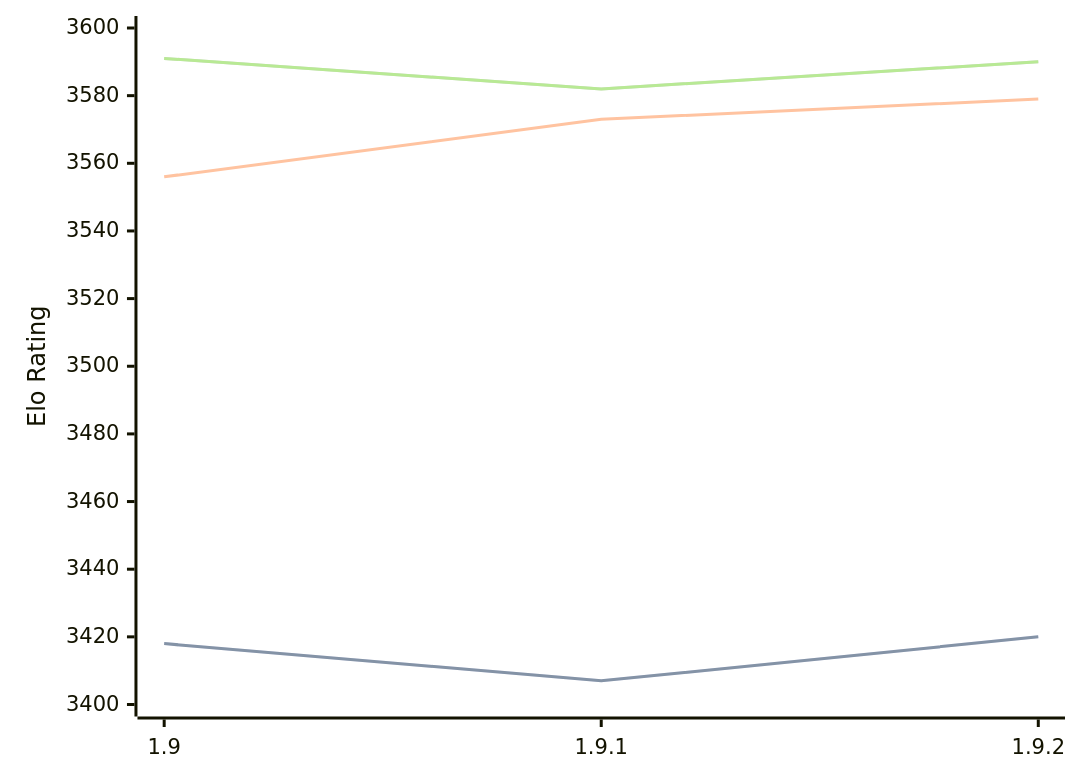
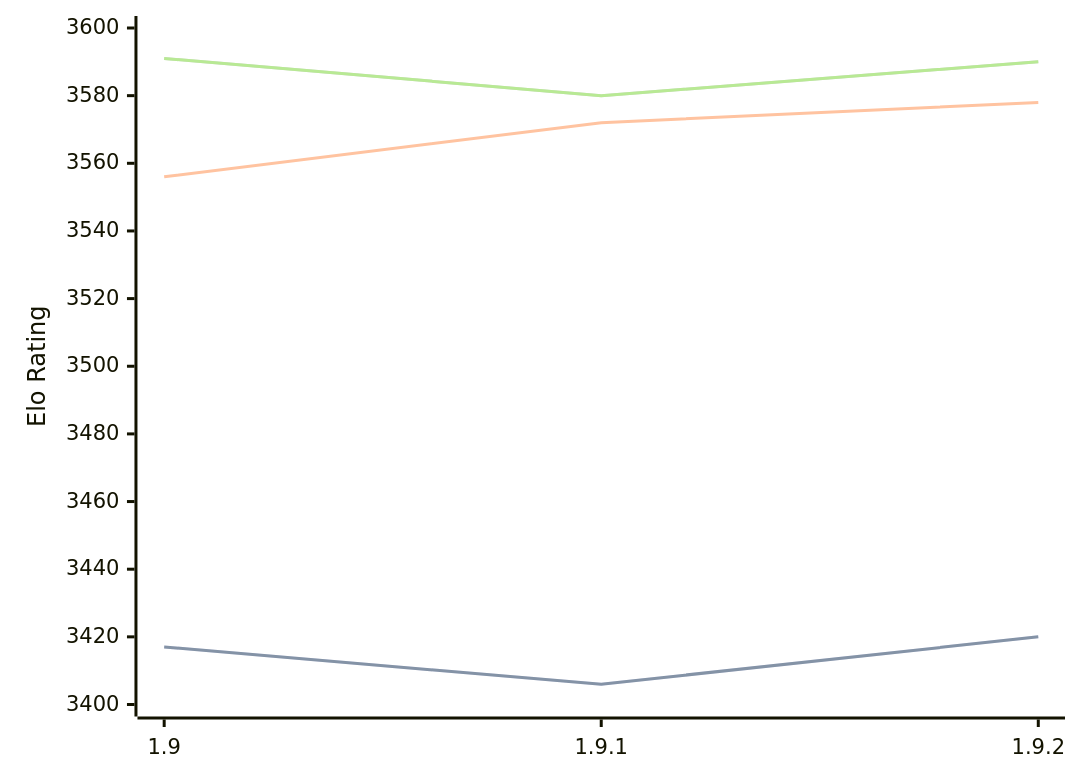
One commit to computer-chess-index/cci changed the diagram in engines/Pawnocchio.md. Above: the diagram before and after it, drawn with Mermaid. The commit also changed other lines of this file, not shown here.

Commit message:
Update CCI Ratings (ELO VLTC) - 2026-03-04

````diff
--- a/engines/Pawnocchio.md
+++ b/engines/Pawnocchio.md
@@ -46,11 +46,11 @@
 ```mermaid
 %%{init: {"theme":"base","themeVariables":{"seriesColors:['#a3a3a3','#222221','#faa371']}}}%%
 xychart-beta
   x-axis ["1.9", "1.9.1", "1.9.2"]
   y-axis "Elo Rating" 3400 --> 3600
-  line "STC (8.0+0.08s)" [3418, 3407, 3420]
-  line "STC (8.0+0.08s)" [3418, 3407, 3420]
-  line "LTC (60.0+0.60s)" [3556, 3573, 3579]
-  line "VLTC (2m24s+1.12s)" [3591, 3582, 3590]
-  line "VLTC (2m24s+1.12s)" [3591, 3582, 3590]
+  line "STC (8.0+0.08s)" [3417, 3406, 3420]
+  line "STC (8.0+0.08s)" [3417, 3406, 3420]
+  line "LTC (60.0+0.60s)" [3556, 3572, 3578]
+  line "VLTC (2m24s+1.12s)" [3591, 3580, 3590]
+  line "VLTC (2m24s+1.12s)" [3591, 3580, 3590]
 ```
````
